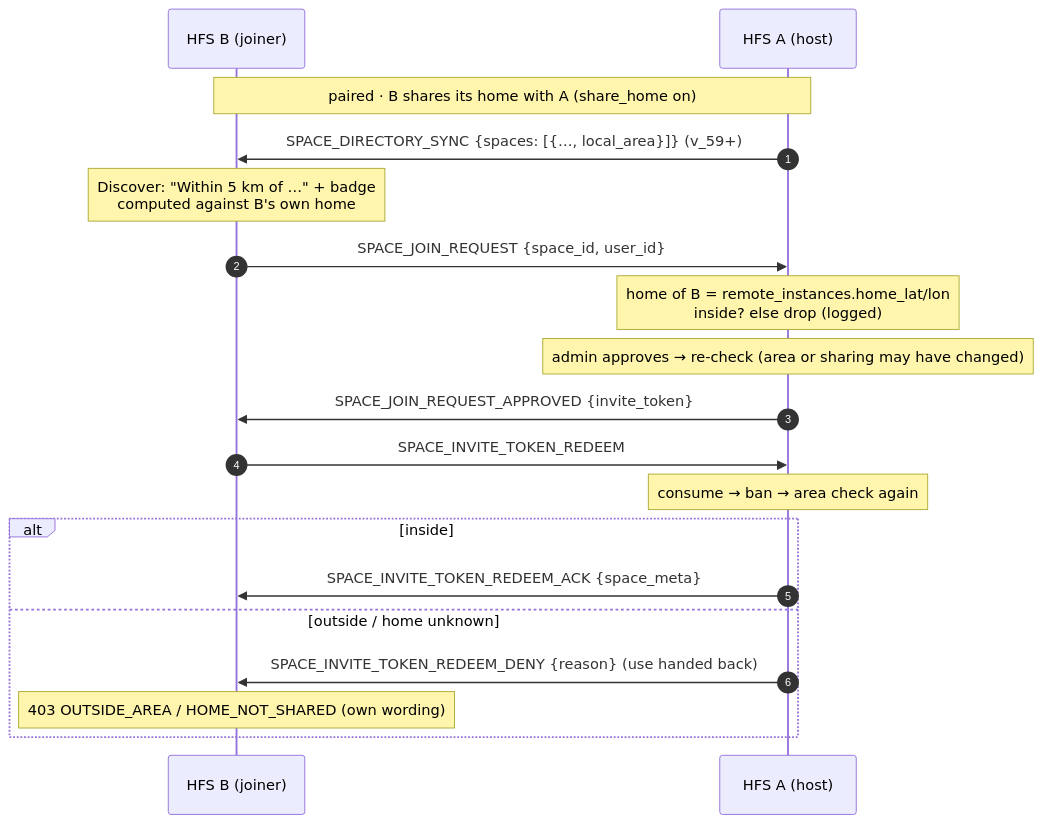
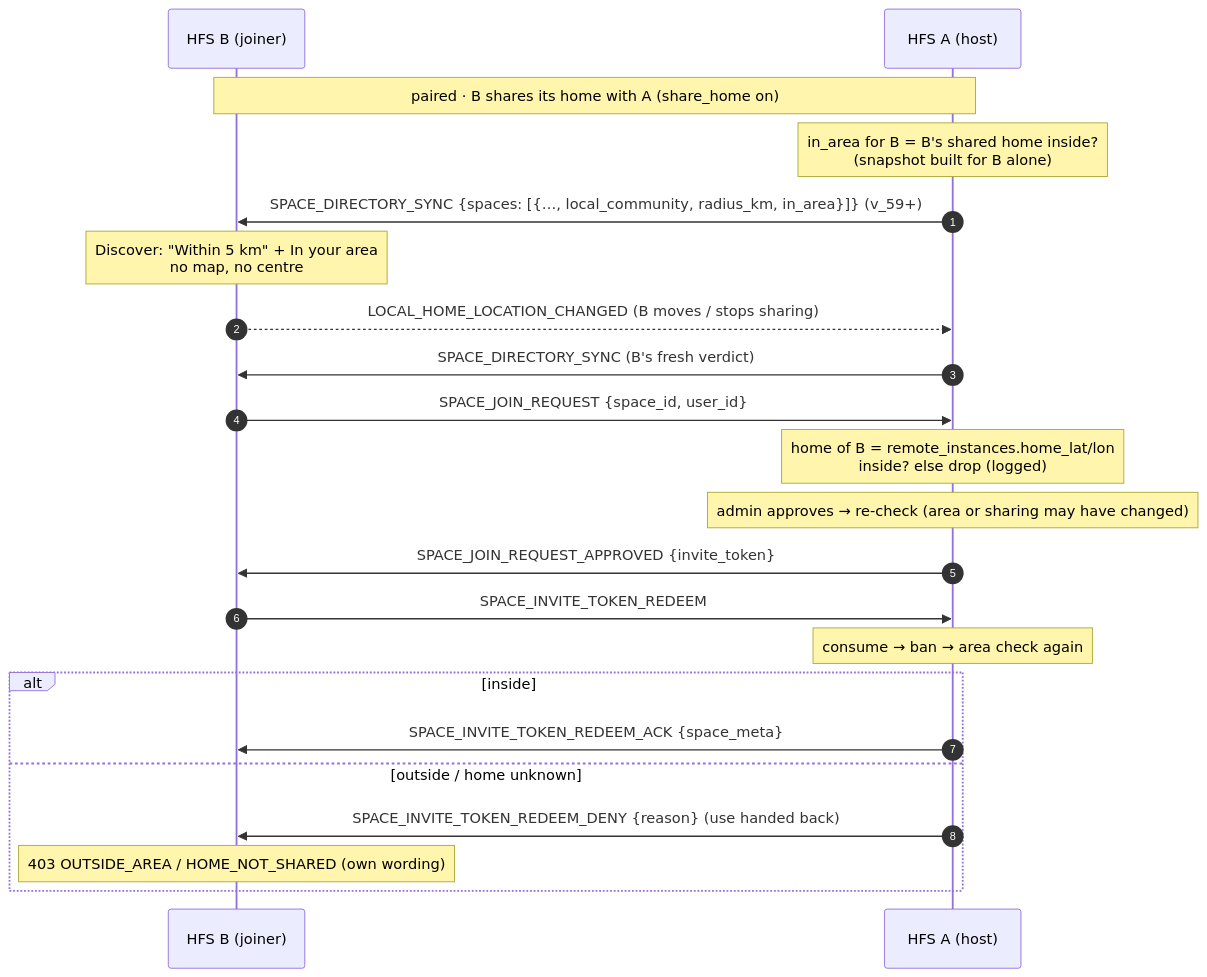
Before and after one commit to social-home-io/socialhome: the diagram in docs/protocol/local-communities.md, drawn with Mermaid. The commit also changed other lines of this file and 39 other files, not shown here.

First line of the commit message:
A local community's centre stays with its household

````diff
--- a/docs/protocol/local-communities.md
+++ b/docs/protocol/local-communities.md
@@ -80,22 +104,25 @@
 ```mermaid
 sequenceDiagram
     autonumber
     participant B as HFS B (joiner)
     participant A as HFS A (host)
 
     Note over A,B: paired · B shares its home with A (share_home on)
-    A->>B: SPACE_DIRECTORY_SYNC {spaces: [{…, local_area}]}  (v_59+)
-    Note over B: Discover: "Within 5 km of …" + badge<br/>computed against B's own home
+    Note over A: in_area for B = B's shared home inside?<br/>(snapshot built for B alone)
+    A->>B: SPACE_DIRECTORY_SYNC {spaces: [{…, local_community, radius_km, in_area}]}  (v_59+)
+    Note over B: Discover: "Within 5 km" + In your area<br/>no map, no centre
+    B-->>A: LOCAL_HOME_LOCATION_CHANGED (B moves / stops sharing)
+    A->>B: SPACE_DIRECTORY_SYNC (B's fresh verdict)
     B->>A: SPACE_JOIN_REQUEST {space_id, user_id}
     Note over A: home of B = remote_instances.home_lat/lon<br/>inside? else drop (logged)
     Note over A: admin approves → re-check (area or sharing may have changed)
     A->>B: SPACE_JOIN_REQUEST_APPROVED {invite_token}
     B->>A: SPACE_INVITE_TOKEN_REDEEM
     Note over A: consume → ban → area check again
     alt inside
         A->>B: SPACE_INVITE_TOKEN_REDEEM_ACK {space_meta}
     else outside / home unknown
         A->>B: SPACE_INVITE_TOKEN_REDEEM_DENY {reason}  (use handed back)
         Note over B: 403 OUTSIDE_AREA / HOME_NOT_SHARED (own wording)
     end
 ```
````
